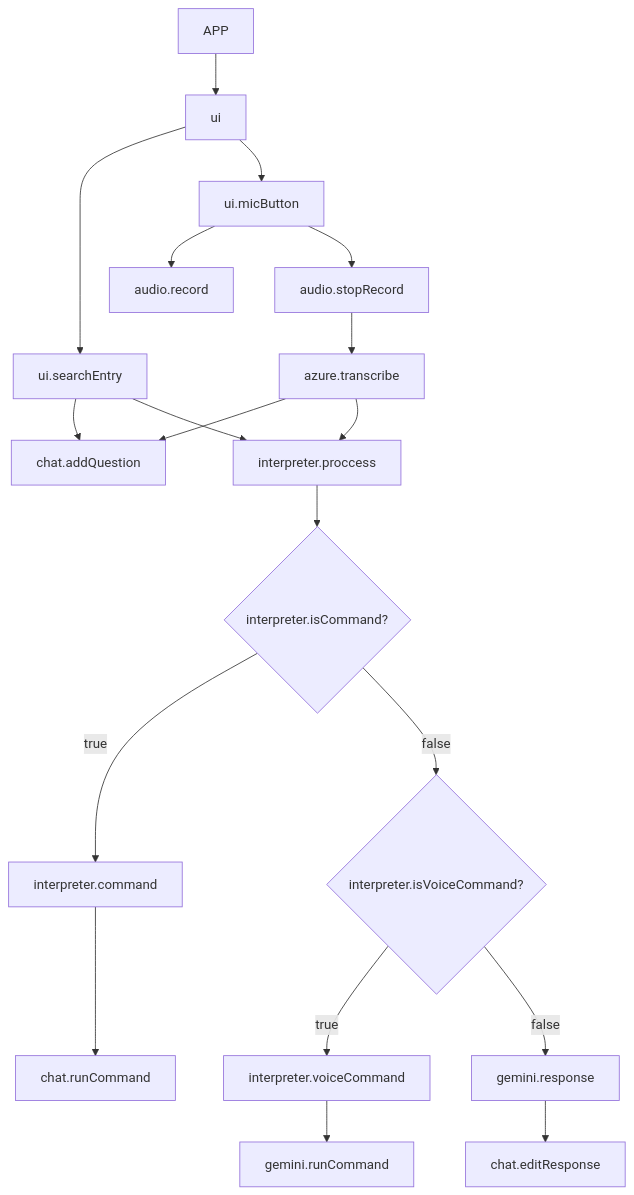
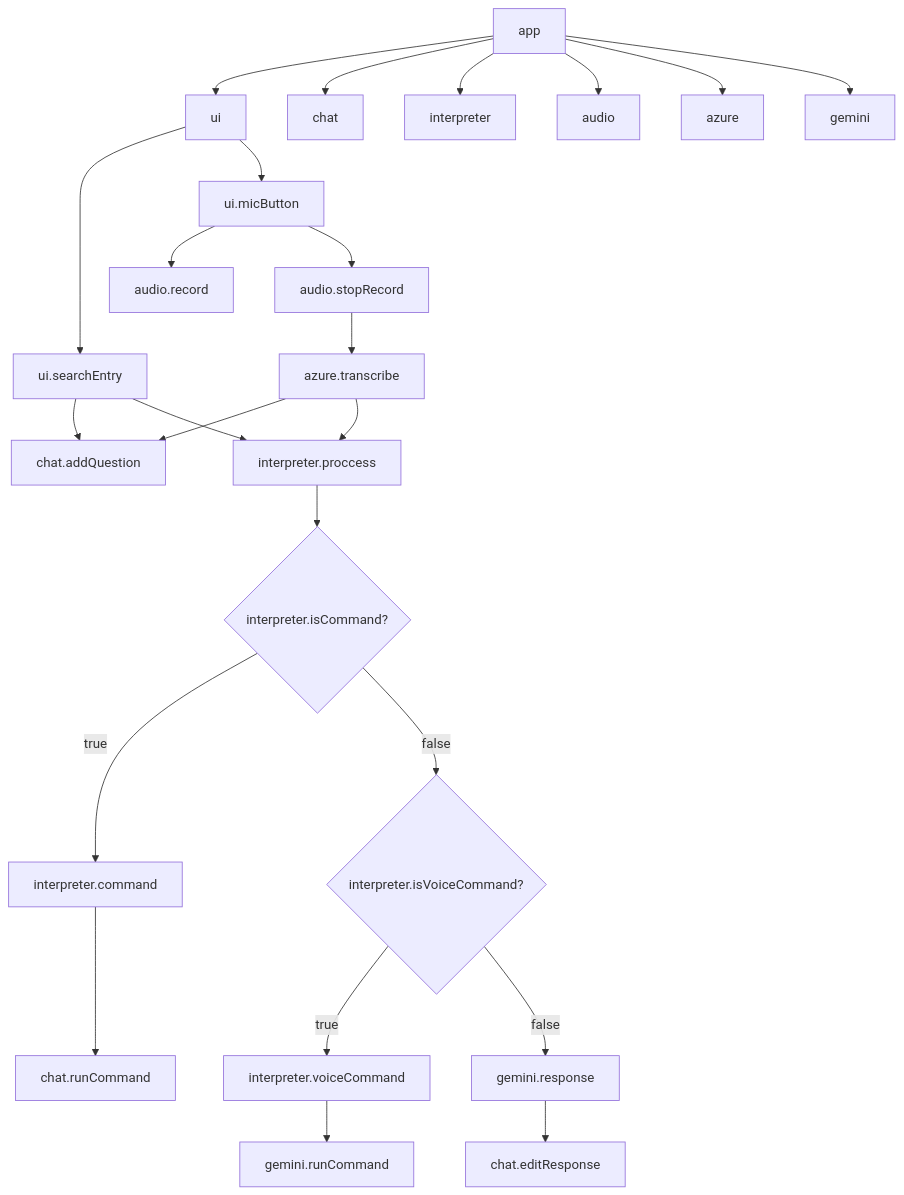
The diagram in Markdown.md (hermannhahn/aiva), drawn with Mermaid before and after one commit. The commit also changed 1 other file, not shown here.

````diff
--- a/Markdown.md
+++ b/Markdown.md
@@ -1,27 +1,34 @@
 ```mermaid
 graph TD
     %% App
-    APP[APP] --> UI[ui]
-    UI --> A
+    APP[app] --> UI[ui]
+    APP[app] --> CHAT[chat]
+    APP[app] --> INTERPRETER[interpreter]
+    APP[app] --> AUDIO[audio]
+    APP[app] --> AZURE[azure]
+    APP[app] --> GEMINI[gemini]
+
+    %% UI
+    UI --> SE
     UI --> D
 
     %% Entry
-    A[ui.searchEntry] --> B[chat.addQuestion]
-    A --> C[interpreter.proccess]
+    SE[ui.searchEntry] --> B[chat.addQuestion]
+    SE --> C[interpreter.proccess]
 
     D[ui.micButton] --> E[audio.record]
     D --> F[audio.stopRecord]
 
     %% Audio
     F --> G[azure.transcribe]
     G --> B
     G --> C
 
     %% Interpreter
     C --> H{interpreter.isCommand?}
     H -- true --> I[interpreter.command] --> J[chat.runCommand]
     H -- false --> K{interpreter.isVoiceCommand?}
 
     K -- true --> L[interpreter.voiceCommand] --> M[gemini.runCommand]
     K -- false --> N[gemini.response] --> O[chat.editResponse]
 ```
````
